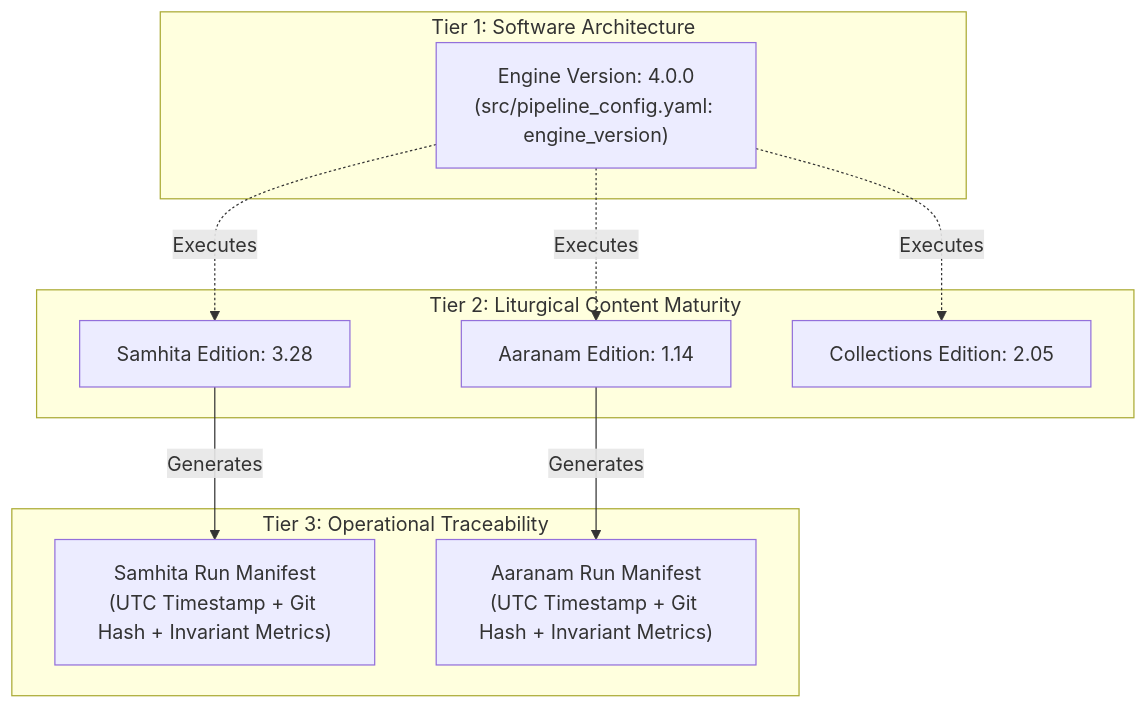
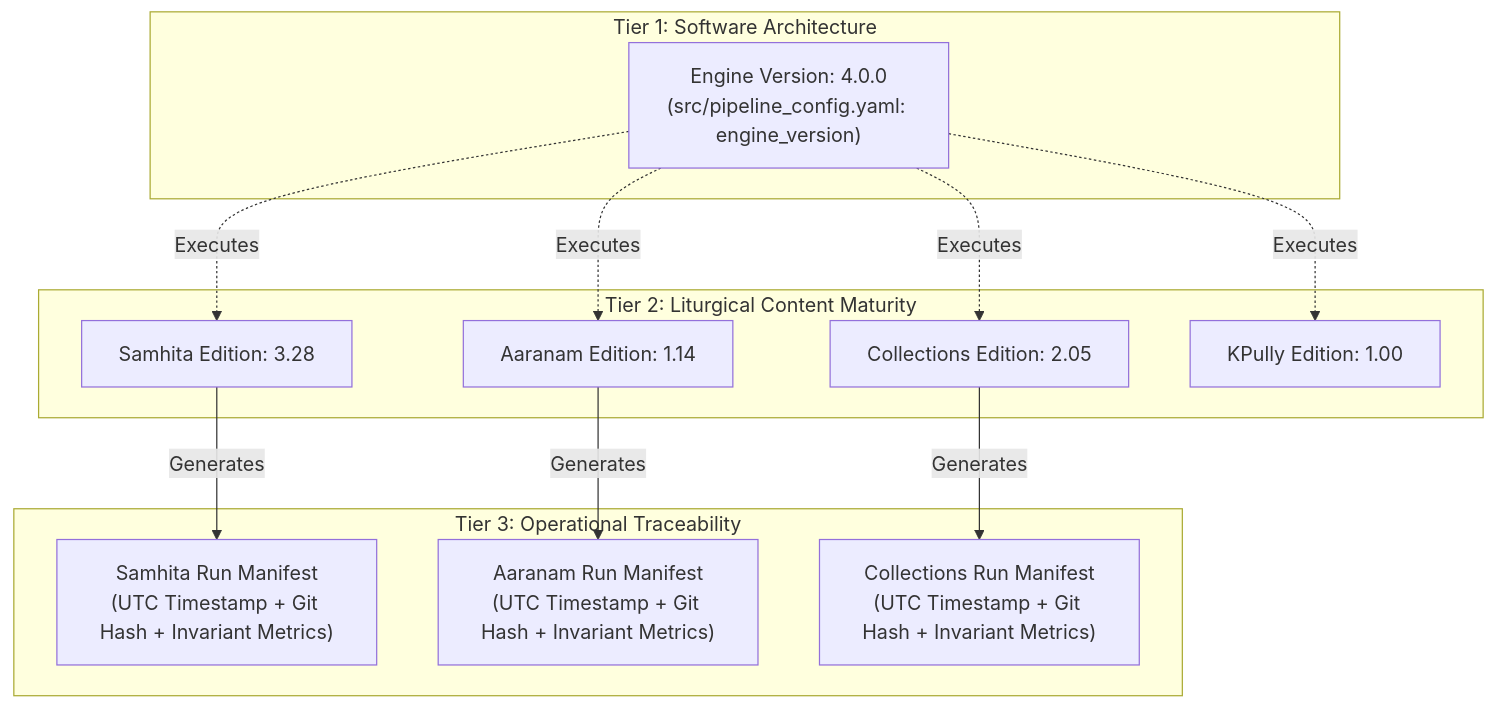
One commit to sekharnarayanaswamy-del/jaimineeyasamavedam changed the first of 2 diagrams in VERSIONING_AND_WORKFLOW.md. Above: the diagram before and after it, drawn with Mermaid. The commit also changed other lines of this file and 608 other files, not shown here.

````diff
--- a/VERSIONING_AND_WORKFLOW.md
+++ b/VERSIONING_AND_WORKFLOW.md
@@ -19,23 +19,27 @@
 ```mermaid
 graph TD
     subgraph Tier 1: Software Architecture
         T1["Engine Version: 4.0.0<br/>(src/pipeline_config.yaml: engine_version)"]
     end
 
     subgraph Tier 2: Liturgical Content Maturity
         T2A["Samhita Edition: 3.28"]
         T2B["Aaranam Edition: 1.14"]
         T2C["Collections Edition: 2.05"]
+        T2D["KPully Edition: 1.00"]
     end
 
     subgraph Tier 3: Operational Traceability
         T3A["Samhita Run Manifest<br/>(UTC Timestamp + Git Hash + Invariant Metrics)"]
         T3B["Aaranam Run Manifest<br/>(UTC Timestamp + Git Hash + Invariant Metrics)"]
+        T3C["Collections Run Manifest<br/>(UTC Timestamp + Git Hash + Invariant Metrics)"]
     end
 
     T1 -.->|Executes| T2A
     T1 -.->|Executes| T2B
     T1 -.->|Executes| T2C
+    T1 -.->|Executes| T2D
     T2A -->|Generates| T3A
     T2B -->|Generates| T3B
+    T2C -->|Generates| T3C
 ```
````
